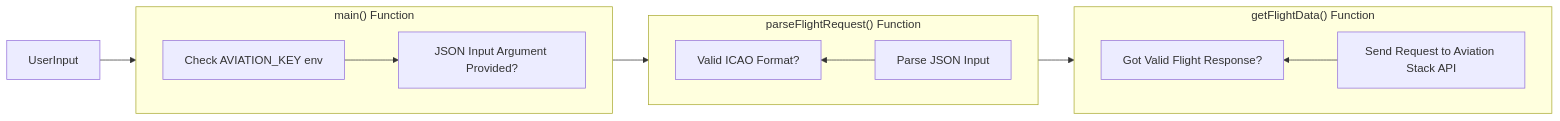
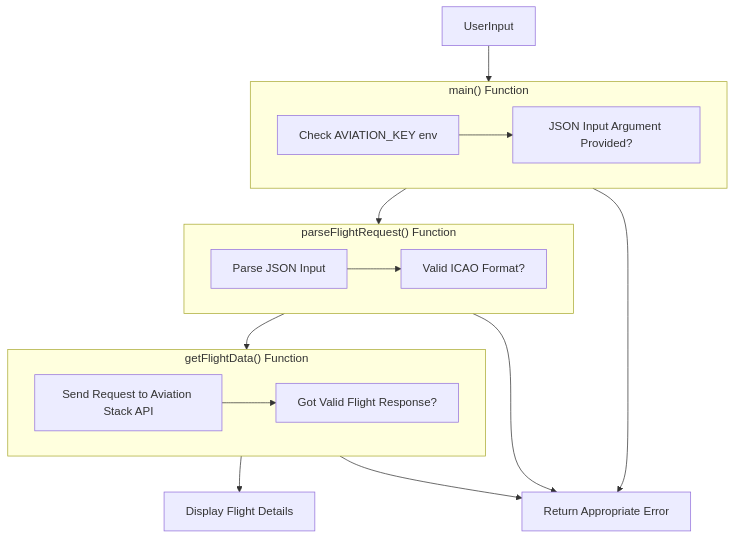
Before and after one commit to ThomasJohnCameron/Flight-Information-Fetcher: the diagram in README.md, drawn with Mermaid.

Commit message:
Update README.md
The mermaid chart was briefly broken. I fixed it.

````diff
--- a/README.md
+++ b/README.md
@@ -59,25 +59,35 @@
 ```mermaid
-flowchart LR
+flowchart TD
 
-A[UserInput] --> B
+A[UserInput] --> main
 
 subgraph main["main() Function"]
 direction LR
     B[Check AVIATION_KEY env] --> C
     C[JSON Input Argument Provided?]
 end
 
 subgraph parseFlightRequest["parseFlightRequest() Function"]
-direction RL
+direction LR
     D[Parse JSON Input] --> E
     E[Valid ICAO Format?]
 end
 
 subgraph getFlightData["getFlightData() Function"]
-direction RL
+direction LR
     F[Send Request to Aviation Stack API] --> G
     G[Got Valid Flight Response?]
 end
 
-main --> parseFlightRequest --> getFlightData
+H[Display Flight Details]
+
+Z[Return Appropriate Error]
+
+main --> parseFlightRequest --> getFlightData --> H
+
+main --> Z
+
+parseFlightRequest --> Z
+
+getFlightData --> Z
 ```
````
